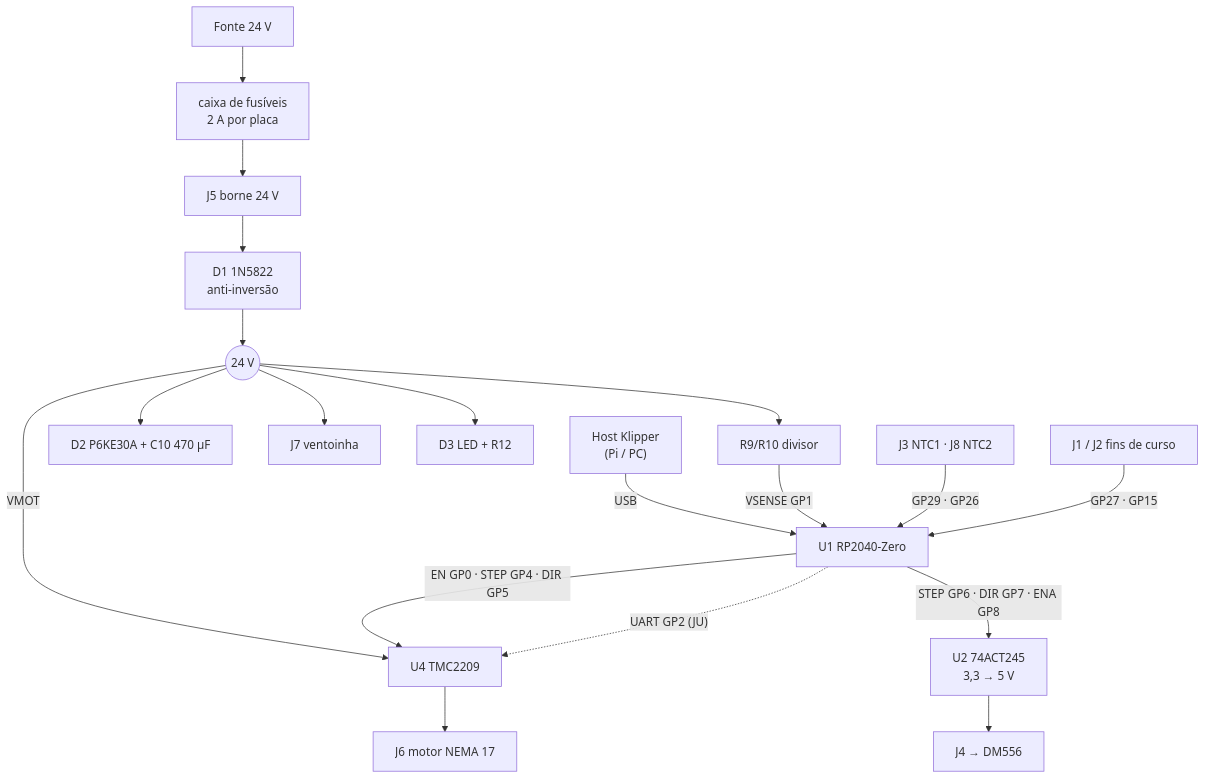
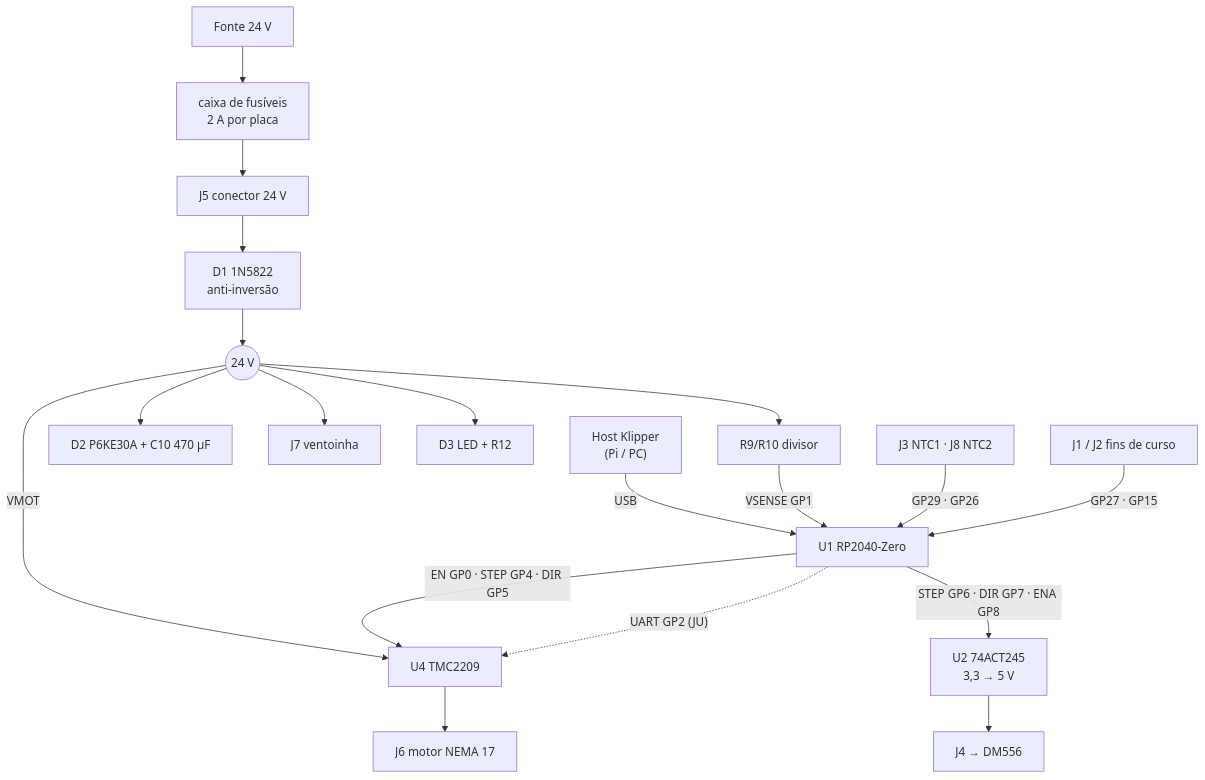
Before and after one commit to DanielMTorres7/scaranode: the diagram in docs/01-visao-geral.md, drawn with Mermaid. The commit also changed other lines of this file and 76 other files, not shown here.

````diff
--- a/docs/01-visao-geral.md
+++ b/docs/01-visao-geral.md
@@ -40,16 +40,16 @@
 ```mermaid
 flowchart TB
     HOST["Host Klipper<br/>(Pi / PC)"] -- USB --> RP["U1 RP2040-Zero"]
-    PSU["Fonte 24 V"] --> FUS["caixa de fusíveis<br/>2 A por placa"] --> J5["J5 borne 24 V"] --> D1["D1 1N5822<br/>anti-inversão"] --> BUS(("24 V"))
+    PSU["Fonte 24 V"] --> FUS["caixa de fusíveis<br/>2 A por placa"] --> J5["J5 conector 24 V"] --> D1["D1 1N5822<br/>anti-inversão"] --> BUS(("24 V"))
     BUS --> TVS["D2 P6KE30A + C10 470 µF"]
     BUS --> FAN["J7 ventoinha"]
     BUS --> LED["D3 LED + R12"]
     BUS --> DIV["R9/R10 divisor"] -- "VSENSE GP1" --> RP
     BUS -- VMOT --> TMC["U4 TMC2209"]
     RP -- "EN GP0 · STEP GP4 · DIR GP5" --> TMC
     RP -. "UART GP2 (JU)" .-> TMC
     TMC --> J6["J6 motor NEMA 17"]
     RP -- "STEP GP6 · DIR GP7 · ENA GP8" --> BUF["U2 74ACT245<br/>3,3 → 5 V"] --> J4["J4 → DM556"]
     NTC["J3 NTC1 · J8 NTC2"] -- "GP29 · GP26" --> RP
     SW["J1 / J2 fins de curso"] -- "GP27 · GP15" --> RP
 ```
````
